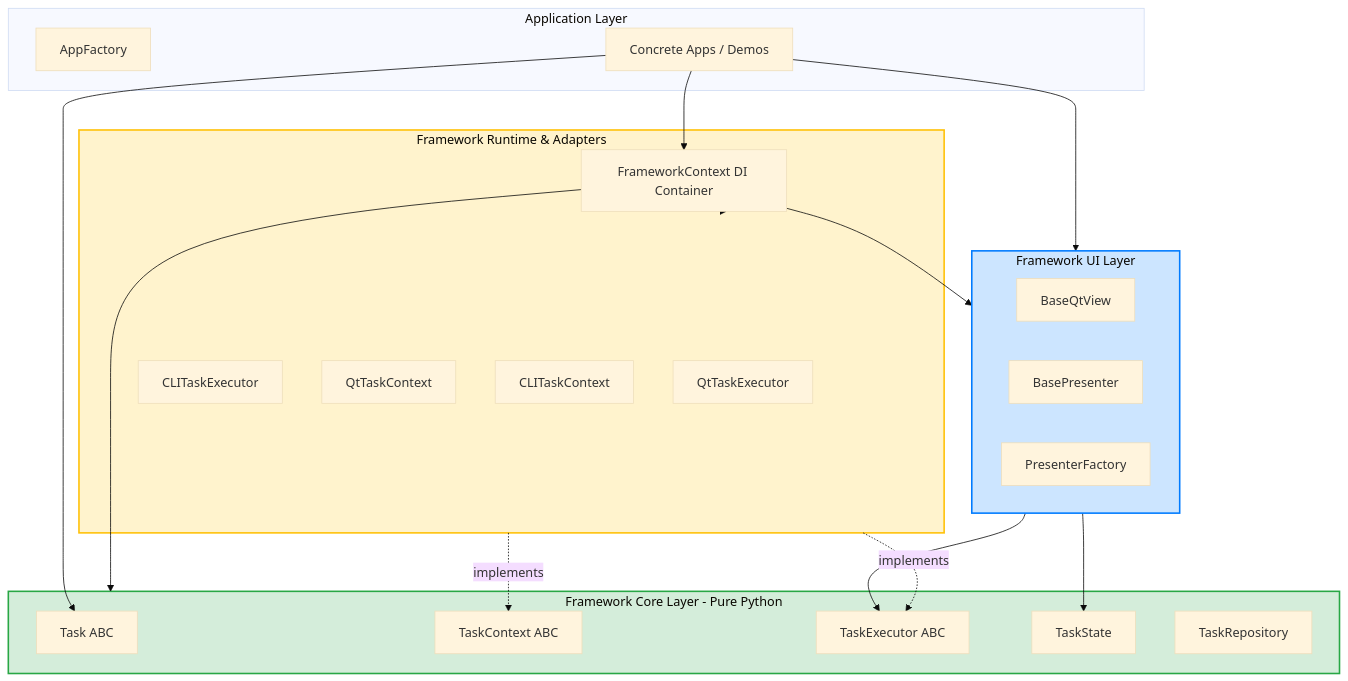
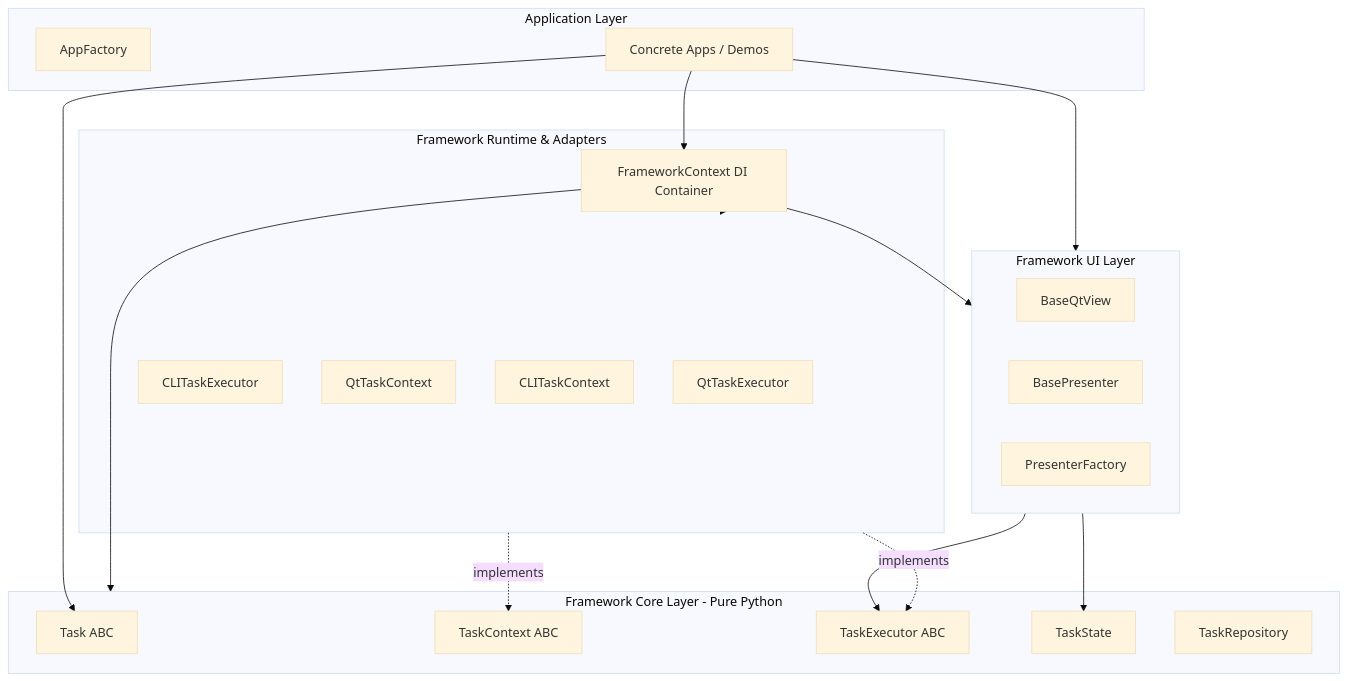
The first of 7 diagrams in Design/Framework_Architecture_Master.md (anhembedded/UI_Framework), drawn with Mermaid (base theme) before and after one commit. The commit also changed other lines of this file and 8 other files, not shown here.

Commit message:
docs: add project architectural documentation and initialize package structure for framework modules

````diff
--- a/Design/Framework_Architecture_Master.md
+++ b/Design/Framework_Architecture_Master.md
@@ -11,48 +11,45 @@
 ```mermaid
 graph TD
     subgraph APP [Application Layer]
         AppFactory[AppFactory]
         DemoApp[Concrete Apps / Demos]
     end
 
     subgraph FW_UI [Framework UI Layer]
         BaseQtView[BaseQtView]
         BasePresenter[BasePresenter]
         PresenterFactory[PresenterFactory]
     end
 
     subgraph FW_RUNTIME [Framework Runtime & Adapters]
         Bootstrap[FrameworkContext DI Container]
         QtExecutor[QtTaskExecutor]
         CLIExecutor[CLITaskExecutor]
         QtContext[QtTaskContext]
         CLIContext[CLITaskContext]
     end
 
     subgraph FW_CORE [Framework Core Layer - Pure Python]
         Task[Task ABC]
         TaskContext[TaskContext ABC]
         TaskExecutor[TaskExecutor ABC]
         TaskState[TaskState]
         TaskRepo[TaskRepository]
     end
 
     %% Dependencies
     DemoApp --> Bootstrap
     DemoApp --> FW_UI
     DemoApp --> Task
     
     FW_UI --> TaskExecutor
     FW_UI --> TaskState
     
     Bootstrap --> FW_RUNTIME
     Bootstrap --> FW_UI
     Bootstrap --> FW_CORE
 
     FW_RUNTIME -. implements .-> TaskExecutor
     FW_RUNTIME -. implements .-> TaskContext
     
-    style FW_CORE fill:#d4edda,stroke:#28a745,stroke-width:2px
-    style FW_UI fill:#cce5ff,stroke:#007bff,stroke-width:2px
-    style FW_RUNTIME fill:#fff3cd,stroke:#ffc107,stroke-width:2px
 ```
````
